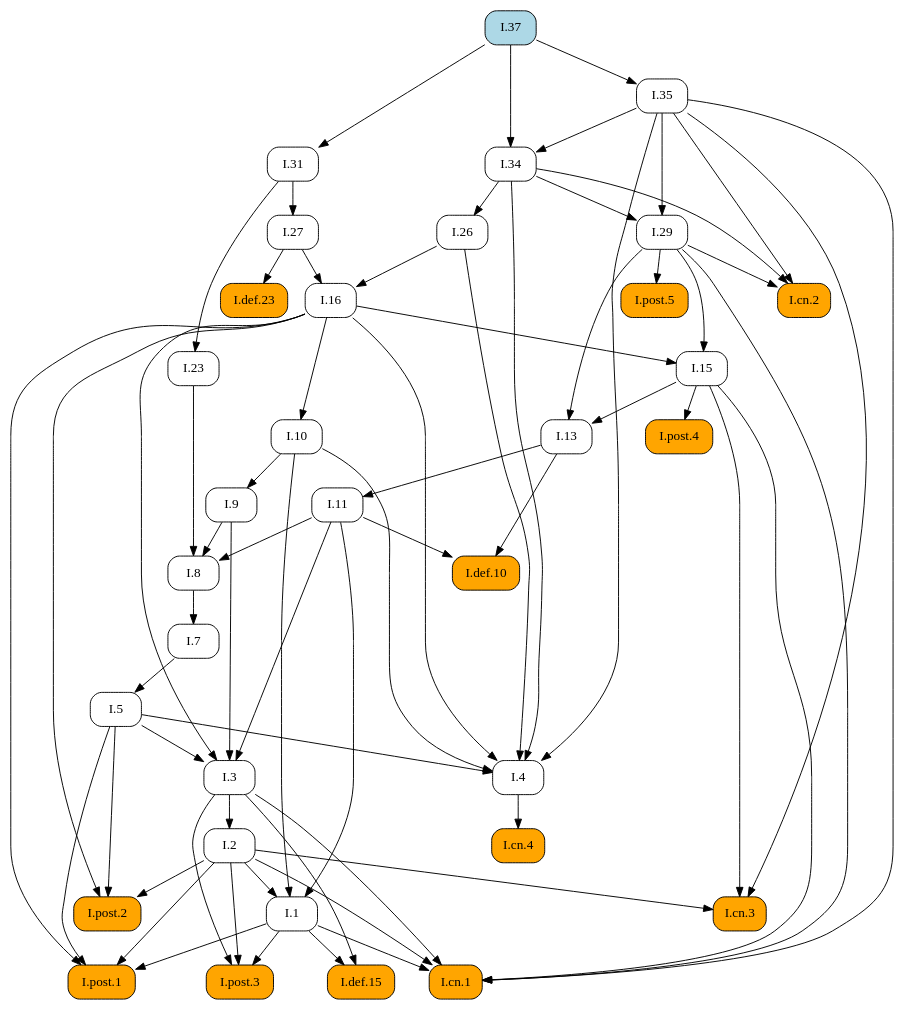
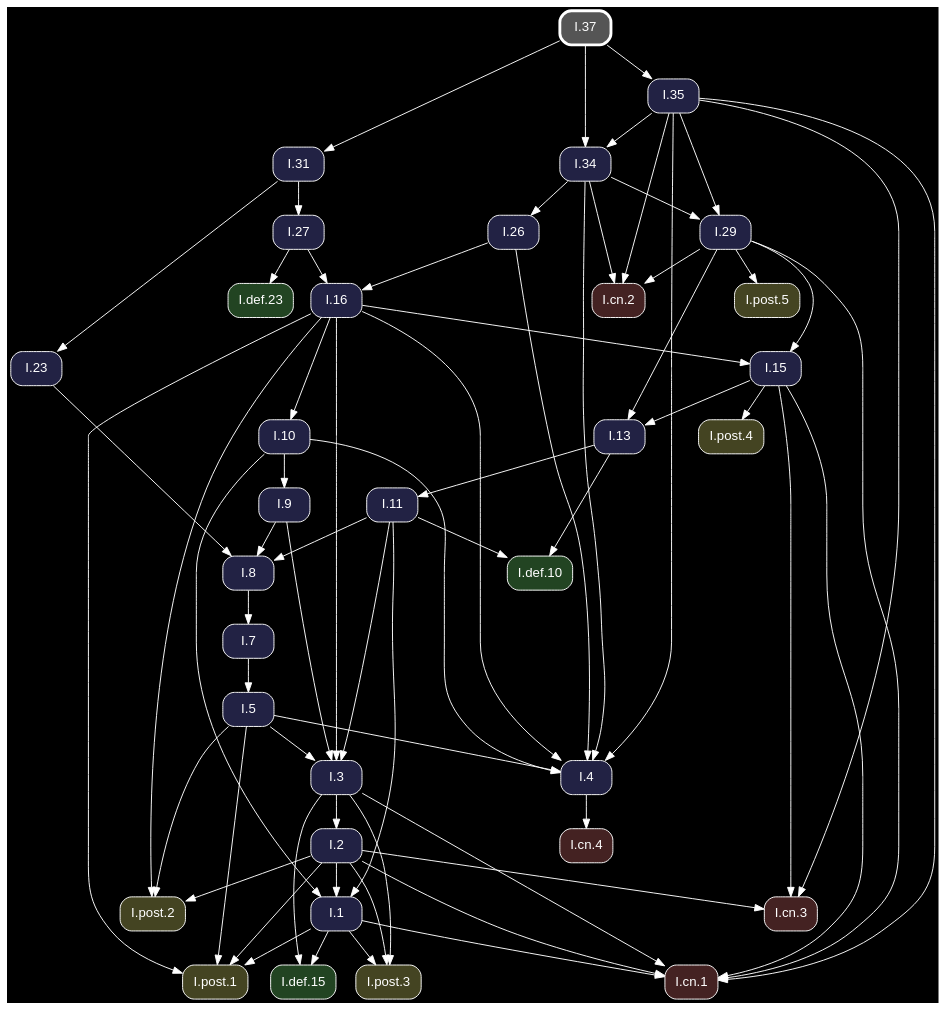
Before and after one commit to geometor/elements: the diagram in docsrc/heath/I/37/index.rst, drawn with Graphviz. The commit also changed other lines of this file and 1200 other files, not shown here.

Commit message:
update dependency graphs

```diff
--- a/docsrc/heath/I/37/index.rst
+++ b/docsrc/heath/I/37/index.rst
@@ -59,106 +59,108 @@
 .. graphviz::
 
    digraph {
+     bgcolor="black";
+     node [shape=box, style="rounded,filled", fontname="Helvetica", color="white", fontcolor="white"];
+     edge [color="white", fontcolor="white"];
      rankdir="TB";
-     node [shape=box, style=rounded];
-     "I.23" [URL="/heath/I/23/", target="_top"];
-     "I.9" [URL="/heath/I/9/", target="_top"];
-     "I.def.15" [style="rounded,filled", fillcolor=orange, URL="/heath/I/def.15/", target="_top"];
-     "I.post.3" [style="rounded,filled", fillcolor=orange, URL="/heath/I/post.3/", target="_top"];
-     "I.post.1" [style="rounded,filled", fillcolor=orange, URL="/heath/I/post.1/", target="_top"];
-     "I.31" [URL="/heath/I/31/", target="_top"];
-     "I.def.10" [style="rounded,filled", fillcolor=orange, URL="/heath/I/def.10/", target="_top"];
-     "I.27" [URL="/heath/I/27/", target="_top"];
-     "I.34" [URL="/heath/I/34/", target="_top"];
-     "I.3" [URL="/heath/I/3/", target="_top"];
-     "I.35" [URL="/heath/I/35/", target="_top"];
-     "I.cn.1" [style="rounded,filled", fillcolor=orange, URL="/heath/I/cn.1/", target="_top"];
-     "I.7" [URL="/heath/I/7/", target="_top"];
-     "I.2" [URL="/heath/I/2/", target="_top"];
-     "I.13" [URL="/heath/I/13/", target="_top"];
-     "I.post.4" [style="rounded,filled", fillcolor=orange, URL="/heath/I/post.4/", target="_top"];
-     "I.4" [URL="/heath/I/4/", target="_top"];
-     "I.1" [URL="/heath/I/1/", target="_top"];
-     "I.5" [URL="/heath/I/5/", target="_top"];
-     "I.8" [URL="/heath/I/8/", target="_top"];
-     "I.37" [style="rounded,filled", fillcolor=lightblue, URL="/heath/I/37/", target="_top"];
-     "I.cn.3" [style="rounded,filled", fillcolor=orange, URL="/heath/I/cn.3/", target="_top"];
-     "I.29" [URL="/heath/I/29/", target="_top"];
-     "I.16" [URL="/heath/I/16/", target="_top"];
-     "I.15" [URL="/heath/I/15/", target="_top"];
-     "I.10" [URL="/heath/I/10/", target="_top"];
-     "I.11" [URL="/heath/I/11/", target="_top"];
-     "I.def.23" [style="rounded,filled", fillcolor=orange, URL="/heath/I/def.23/", target="_top"];
-     "I.cn.2" [style="rounded,filled", fillcolor=orange, URL="/heath/I/cn.2/", target="_top"];
-     "I.post.5" [style="rounded,filled", fillcolor=orange, URL="/heath/I/post.5/", target="_top"];
-     "I.cn.4" [style="rounded,filled", fillcolor=orange, URL="/heath/I/cn.4/", target="_top"];
-     "I.post.2" [style="rounded,filled", fillcolor=orange, URL="/heath/I/post.2/", target="_top"];
-     "I.26" [URL="/heath/I/26/", target="_top"];
-     "I.31" -> "I.23";
-     "I.10" -> "I.9";
-     "I.1" -> "I.def.15";
-     "I.3" -> "I.def.15";
-     "I.1" -> "I.post.3";
-     "I.2" -> "I.post.3";
-     "I.3" -> "I.post.3";
-     "I.1" -> "I.post.1";
-     "I.2" -> "I.post.1";
-     "I.5" -> "I.post.1";
-     "I.16" -> "I.post.1";
+     "I.31" [fillcolor="#222244", URL="/heath/I/31/", target="_top"];
+     "I.3" [fillcolor="#222244", URL="/heath/I/3/", target="_top"];
+     "I.cn.1" [fillcolor="#442222", URL="/heath/I/cn.1/", target="_top"];
+     "I.def.10" [fillcolor="#224422", URL="/heath/I/def.10/", target="_top"];
+     "I.15" [fillcolor="#222244", URL="/heath/I/15/", target="_top"];
+     "I.13" [fillcolor="#222244", URL="/heath/I/13/", target="_top"];
+     "I.27" [fillcolor="#222244", URL="/heath/I/27/", target="_top"];
+     "I.2" [fillcolor="#222244", URL="/heath/I/2/", target="_top"];
+     "I.cn.2" [fillcolor="#442222", URL="/heath/I/cn.2/", target="_top"];
+     "I.9" [fillcolor="#222244", URL="/heath/I/9/", target="_top"];
+     "I.1" [fillcolor="#222244", URL="/heath/I/1/", target="_top"];
+     "I.post.5" [fillcolor="#444422", URL="/heath/I/post.5/", target="_top"];
+     "I.post.4" [fillcolor="#444422", URL="/heath/I/post.4/", target="_top"];
+     "I.23" [fillcolor="#222244", URL="/heath/I/23/", target="_top"];
+     "I.26" [fillcolor="#222244", URL="/heath/I/26/", target="_top"];
+     "I.8" [fillcolor="#222244", URL="/heath/I/8/", target="_top"];
+     "I.4" [fillcolor="#222244", URL="/heath/I/4/", target="_top"];
+     "I.7" [fillcolor="#222244", URL="/heath/I/7/", target="_top"];
+     "I.5" [fillcolor="#222244", URL="/heath/I/5/", target="_top"];
+     "I.10" [fillcolor="#222244", URL="/heath/I/10/", target="_top"];
+     "I.post.1" [fillcolor="#444422", URL="/heath/I/post.1/", target="_top"];
+     "I.11" [fillcolor="#222244", URL="/heath/I/11/", target="_top"];
+     "I.16" [fillcolor="#222244", URL="/heath/I/16/", target="_top"];
+     "I.37" [penwidth=3, color="white", fillcolor="#555555", URL="/heath/I/37/", target="_top"];
+     "I.cn.3" [fillcolor="#442222", URL="/heath/I/cn.3/", target="_top"];
+     "I.29" [fillcolor="#222244", URL="/heath/I/29/", target="_top"];
+     "I.post.2" [fillcolor="#444422", URL="/heath/I/post.2/", target="_top"];
+     "I.cn.4" [fillcolor="#442222", URL="/heath/I/cn.4/", target="_top"];
+     "I.def.23" [fillcolor="#224422", URL="/heath/I/def.23/", target="_top"];
+     "I.35" [fillcolor="#222244", URL="/heath/I/35/", target="_top"];
+     "I.post.3" [fillcolor="#444422", URL="/heath/I/post.3/", target="_top"];
+     "I.34" [fillcolor="#222244", URL="/heath/I/34/", target="_top"];
+     "I.def.15" [fillcolor="#224422", URL="/heath/I/def.15/", target="_top"];
      "I.37" -> "I.31";
-     "I.11" -> "I.def.10";
-     "I.13" -> "I.def.10";
-     "I.31" -> "I.27";
-     "I.35" -> "I.34";
-     "I.37" -> "I.34";
      "I.5" -> "I.3";
      "I.9" -> "I.3";
      "I.11" -> "I.3";
      "I.16" -> "I.3";
-     "I.37" -> "I.35";
      "I.1" -> "I.cn.1";
      "I.2" -> "I.cn.1";
      "I.3" -> "I.cn.1";
      "I.15" -> "I.cn.1";
      "I.29" -> "I.cn.1";
      "I.35" -> "I.cn.1";
-     "I.8" -> "I.7";
-     "I.3" -> "I.2";
+     "I.11" -> "I.def.10";
+     "I.13" -> "I.def.10";
+     "I.16" -> "I.15";
+     "I.29" -> "I.15";
      "I.15" -> "I.13";
      "I.29" -> "I.13";
+     "I.31" -> "I.27";
+     "I.3" -> "I.2";
+     "I.29" -> "I.cn.2";
+     "I.34" -> "I.cn.2";
+     "I.35" -> "I.cn.2";
+     "I.10" -> "I.9";
+     "I.2" -> "I.1";
+     "I.10" -> "I.1";
+     "I.11" -> "I.1";
+     "I.29" -> "I.post.5";
      "I.15" -> "I.post.4";
+     "I.31" -> "I.23";
+     "I.34" -> "I.26";
+     "I.9" -> "I.8";
+     "I.11" -> "I.8";
+     "I.23" -> "I.8";
      "I.5" -> "I.4";
      "I.10" -> "I.4";
      "I.16" -> "I.4";
      "I.26" -> "I.4";
      "I.34" -> "I.4";
      "I.35" -> "I.4";
-     "I.2" -> "I.1";
-     "I.10" -> "I.1";
-     "I.11" -> "I.1";
+     "I.8" -> "I.7";
      "I.7" -> "I.5";
-     "I.9" -> "I.8";
-     "I.11" -> "I.8";
-     "I.23" -> "I.8";
+     "I.16" -> "I.10";
+     "I.1" -> "I.post.1";
+     "I.2" -> "I.post.1";
+     "I.5" -> "I.post.1";
+     "I.16" -> "I.post.1";
+     "I.13" -> "I.11";
+     "I.26" -> "I.16";
+     "I.27" -> "I.16";
      "I.2" -> "I.cn.3";
      "I.15" -> "I.cn.3";
      "I.35" -> "I.cn.3";
      "I.34" -> "I.29";
      "I.35" -> "I.29";
-     "I.26" -> "I.16";
-     "I.27" -> "I.16";
-     "I.16" -> "I.15";
-     "I.29" -> "I.15";
-     "I.16" -> "I.10";
-     "I.13" -> "I.11";
-     "I.27" -> "I.def.23";
-     "I.29" -> "I.cn.2";
-     "I.34" -> "I.cn.2";
-     "I.35" -> "I.cn.2";
-     "I.29" -> "I.post.5";
-     "I.4" -> "I.cn.4";
      "I.2" -> "I.post.2";
      "I.5" -> "I.post.2";
      "I.16" -> "I.post.2";
-     "I.34" -> "I.26";
+     "I.4" -> "I.cn.4";
+     "I.27" -> "I.def.23";
+     "I.37" -> "I.35";
+     "I.1" -> "I.post.3";
+     "I.2" -> "I.post.3";
+     "I.3" -> "I.post.3";
+     "I.35" -> "I.34";
+     "I.37" -> "I.34";
+     "I.1" -> "I.def.15";
+     "I.3" -> "I.def.15";
    }
```
